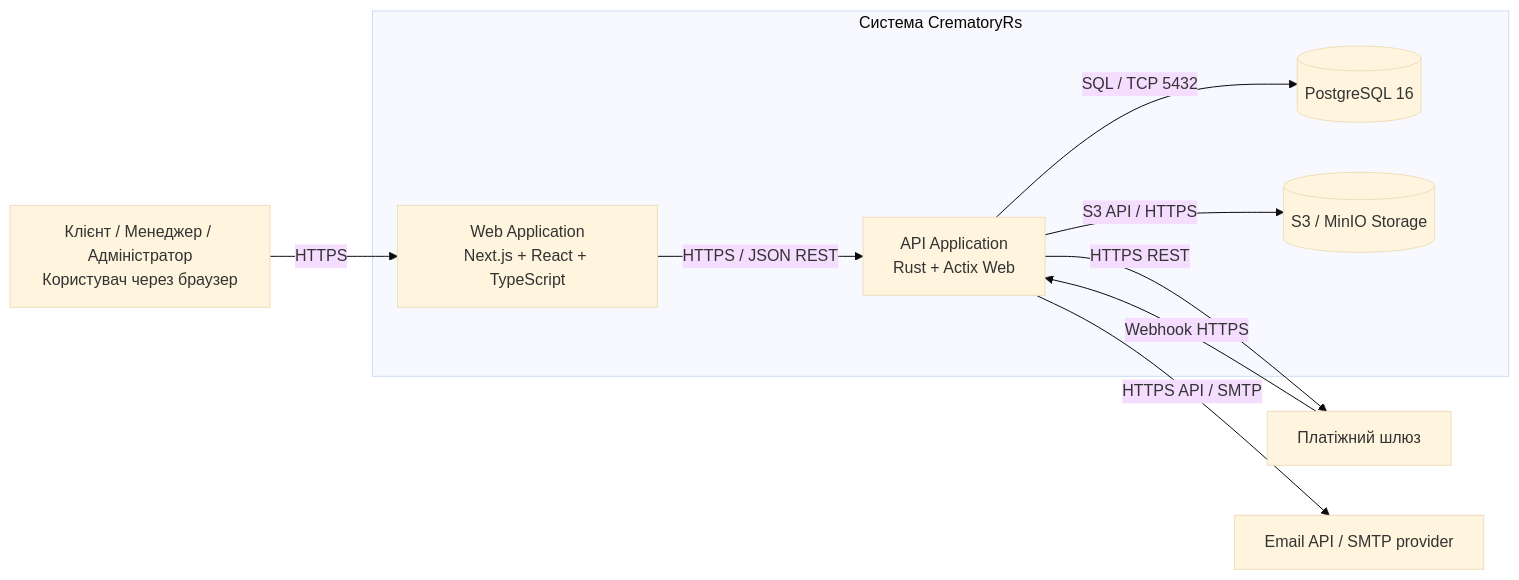
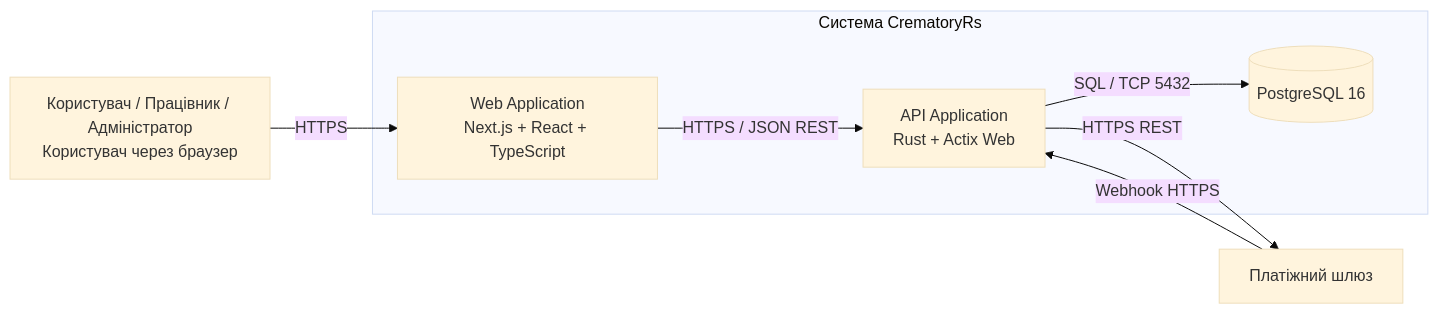
One commit to FantRS/TRVD_2026_404-TN_Kashper_Labs changed the second of 4 diagrams in server/notes/lab_2.md. Above: the diagram before and after it, drawn with Mermaid (base theme). The commit also changed other lines of this file and 4 other files, not shown here.

````diff
--- a/server/notes/lab_2.md
+++ b/server/notes/lab_2.md
@@ -59,22 +59,18 @@
 ```mermaid
 flowchart LR
-    customer["Клієнт / Менеджер / Адміністратор<br/>Користувач через браузер"]
+    actor["Користувач / Працівник / Адміністратор<br/>Користувач через браузер"]
 
     subgraph crematoryrs["Система CrematoryRs"]
         web["Web Application<br/>Next.js + React + TypeScript"]
         api["API Application<br/>Rust + Actix Web"]
         db[("PostgreSQL 16")]
-        files[("S3 / MinIO Storage")]
     end
 
     payment["Платіжний шлюз"]
-    mail["Email API / SMTP provider"]
 
-    customer -->|HTTPS| web
+    actor -->|HTTPS| web
     web -->|HTTPS / JSON REST| api
     api -->|SQL / TCP 5432| db
-    api -->|S3 API / HTTPS| files
     api -->|HTTPS REST| payment
     payment -->|Webhook HTTPS| api
-    api -->|HTTPS API / SMTP| mail
 ```
````
